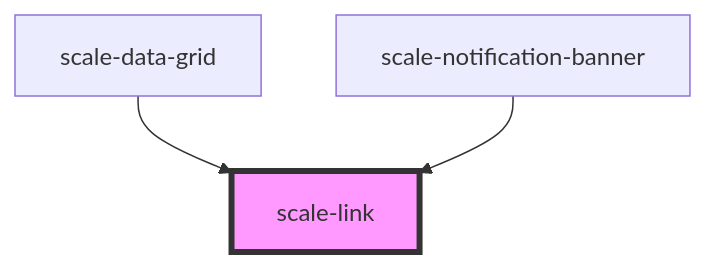
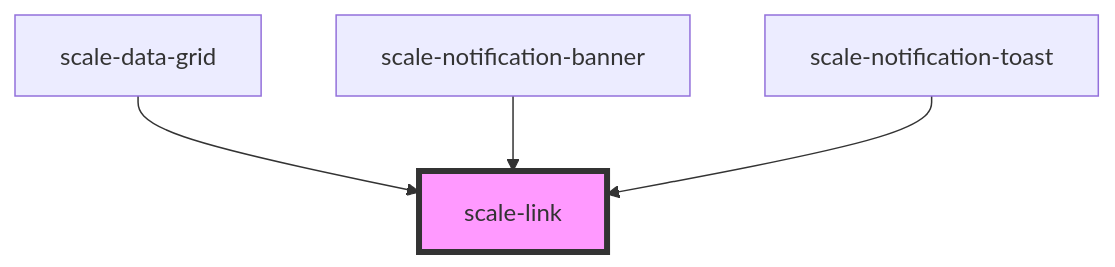
One commit to telekom/scale changed the diagram in packages/components/src/components/link/readme.md. Above: the diagram before and after it, drawn with Mermaid. The commit also changed other lines of this file and 19 other files, not shown here.

First line of the commit message:
feat(notification-toast): add new beta component (#714)

````diff
--- a/packages/components/src/components/link/readme.md
+++ b/packages/components/src/components/link/readme.md
@@ -112,6 +113,7 @@
 ```mermaid
 graph TD;
   scale-data-grid --> scale-link
   scale-notification-banner --> scale-link
+  scale-notification-toast --> scale-link
   style scale-link fill:#f9f,stroke:#333,stroke-width:4px
 ```
````
